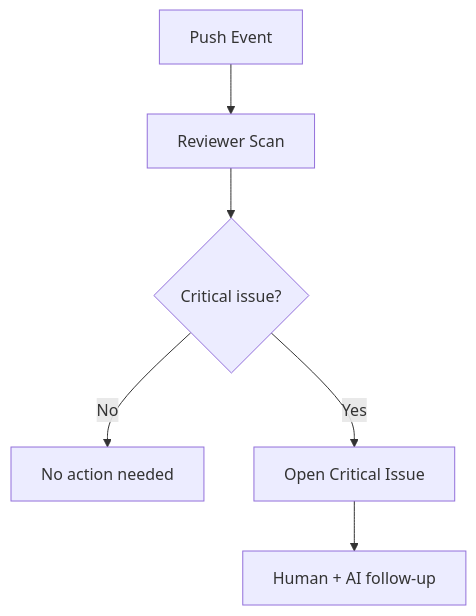
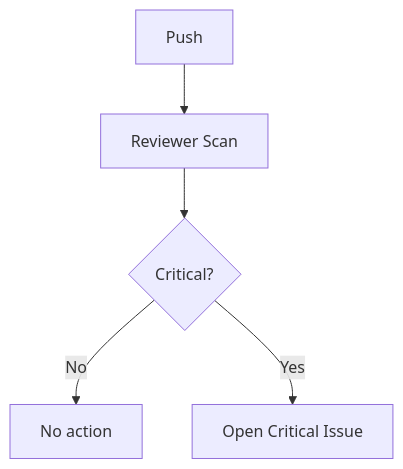
One commit to BUZASLAN128/HiveMind-Actions changed the second of 2 diagrams in README.md. Above: the diagram before and after it, drawn with Mermaid. The commit also changed other lines of this file, not shown here.

````diff
--- a/README.md
+++ b/README.md
@@ -58,8 +55,7 @@
 ```mermaid
 flowchart TD
-    P[Push Event] --> RV[Reviewer Scan]
-    RV --> D{Critical issue?}
-    D -- No --> OK[No action needed]
-    D -- Yes --> IS[Open Critical Issue]
-    IS --> HM[Human + AI follow-up]
+    P[Push] --> S[Reviewer Scan]
+    S --> D{Critical?}
+    D -- No --> N[No action]
+    D -- Yes --> I[Open Critical Issue]
 ```
````
